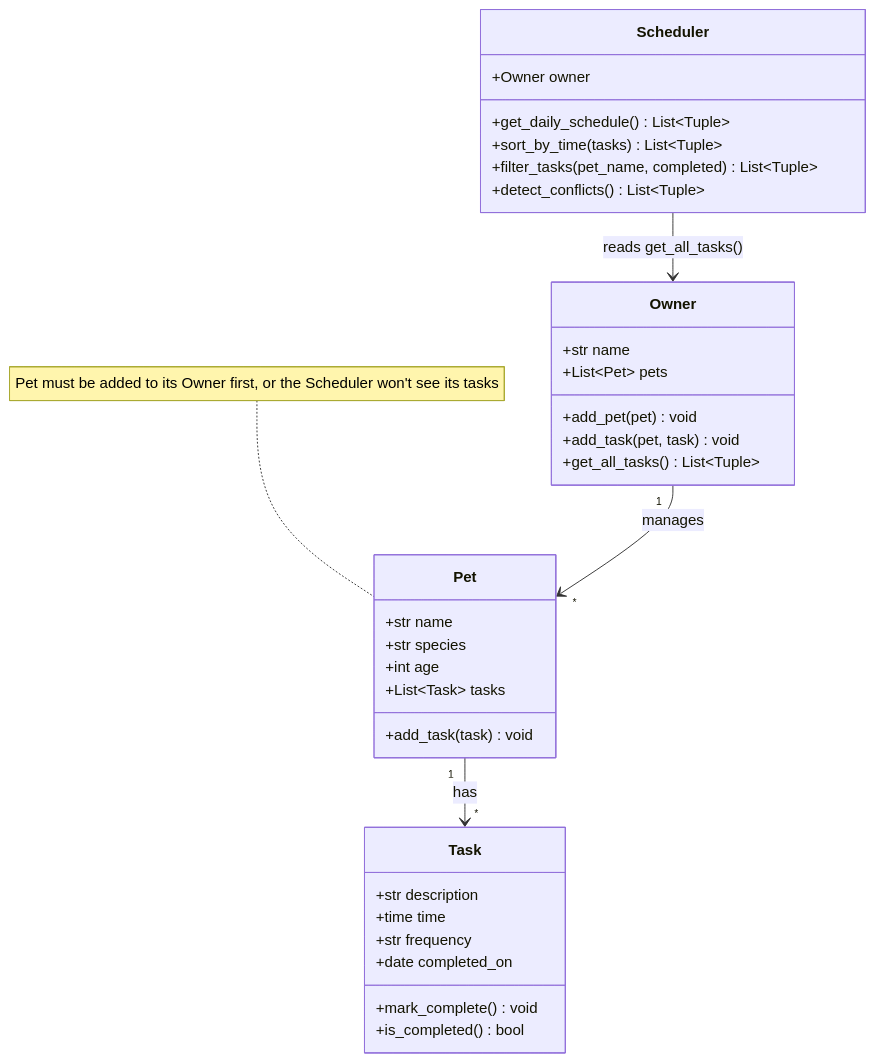
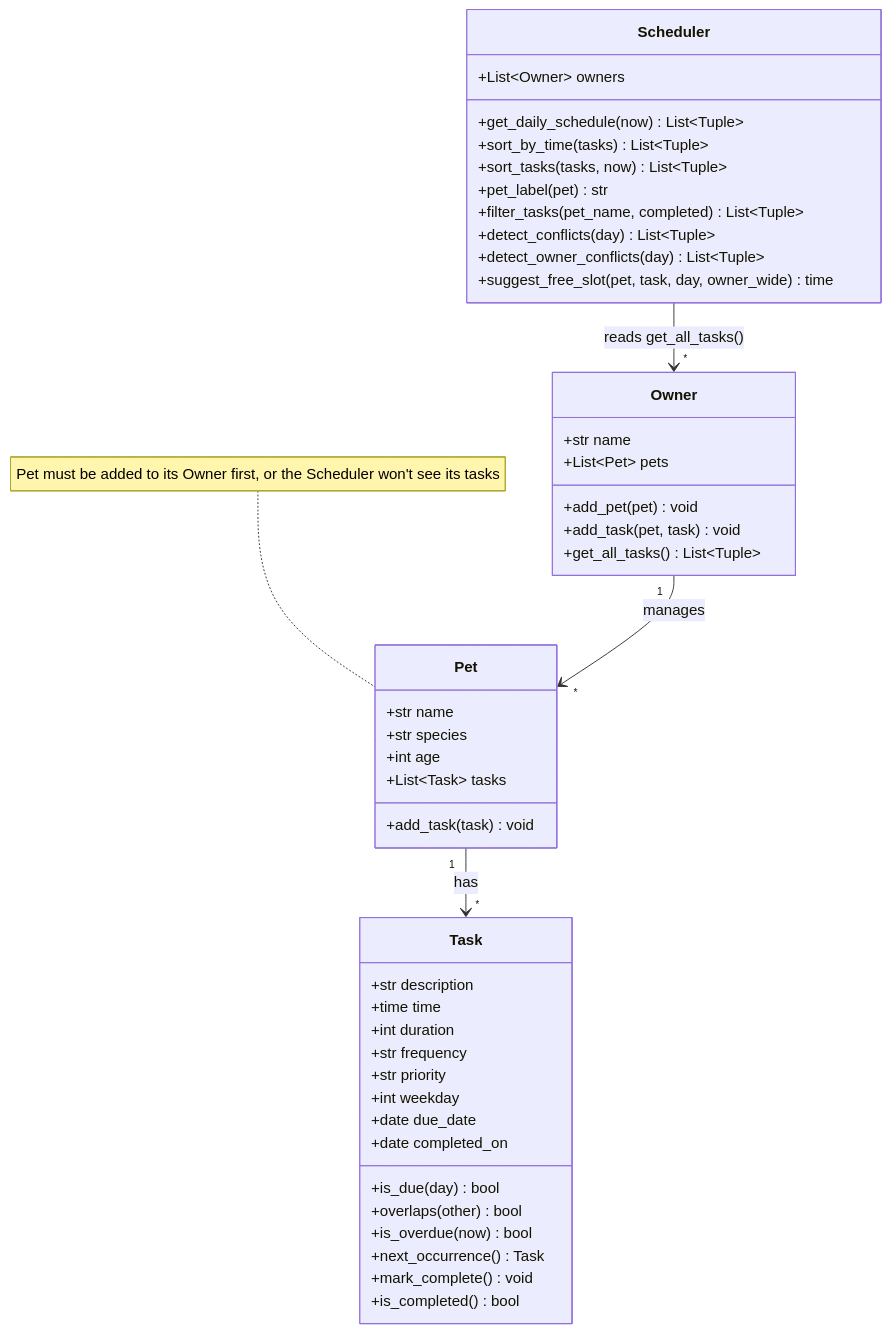
One commit to shrimayi1408/ai110-module2show-pawpal-starter changed the diagram in diagrams/uml.mmd. Above: the diagram before and after it, drawn with Mermaid. The commit also changed 5 other files, not shown here.

```diff
--- a/diagrams/uml.mmd
+++ b/diagrams/uml.mmd
@@ -1,39 +1,51 @@
 classDiagram
     class Task {
         +str description
         +time time
+        +int duration
         +str frequency
+        +str priority
+        +int weekday
+        +date due_date
         +date completed_on
+        +is_due(day) bool
+        +overlaps(other) bool
+        +is_overdue(now) bool
+        +next_occurrence() Task
         +mark_complete() void
         +is_completed() bool
     }
 
     class Pet {
         +str name
         +str species
         +int age
         +List~Task~ tasks
         +add_task(task) void
     }
 
     note for Pet "Pet must be added to its Owner first, or the Scheduler won't see its tasks"
 
     class Owner {
         +str name
         +List~Pet~ pets
         +add_pet(pet) void
         +add_task(pet, task) void
         +get_all_tasks() List~Tuple~
     }
 
     class Scheduler {
-        +Owner owner
-        +get_daily_schedule() List~Tuple~
+        +List~Owner~ owners
+        +get_daily_schedule(now) List~Tuple~
         +sort_by_time(tasks) List~Tuple~
+        +sort_tasks(tasks, now) List~Tuple~
+        +pet_label(pet) str
         +filter_tasks(pet_name, completed) List~Tuple~
-        +detect_conflicts() List~Tuple~
+        +detect_conflicts(day) List~Tuple~
+        +detect_owner_conflicts(day) List~Tuple~
+        +suggest_free_slot(pet, task, day, owner_wide) time
     }
 
     Owner "1" --> "*" Pet : manages
     Pet "1" --> "*" Task : has
-    Scheduler --> Owner : reads get_all_tasks()
+    Scheduler --> "*" Owner : reads get_all_tasks()
```
